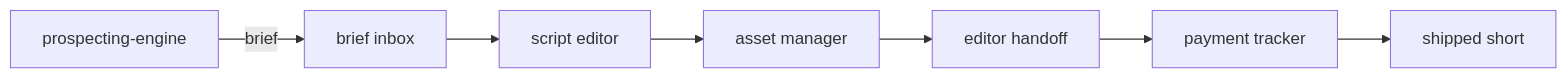
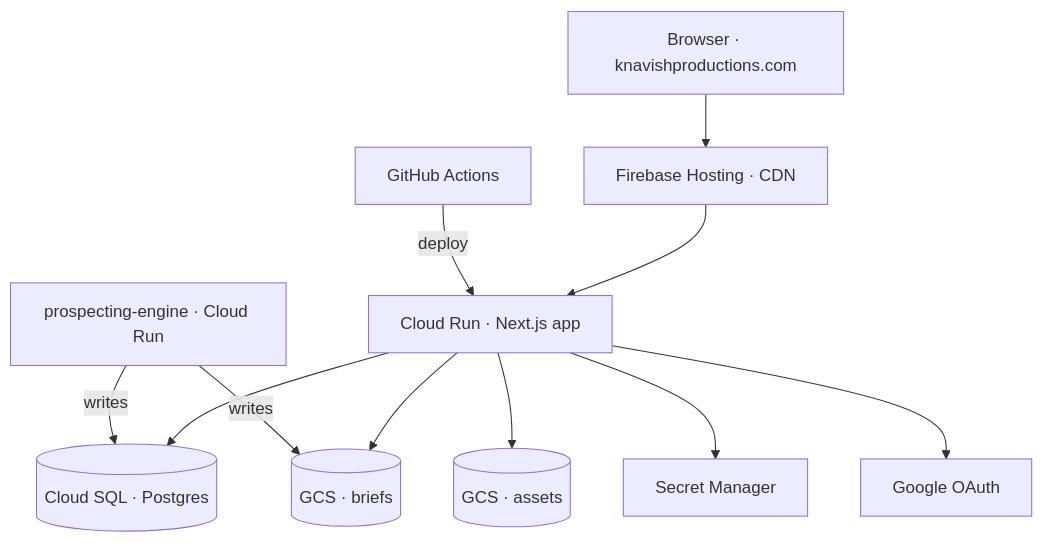
Before and after one commit to knavishmantis/knavishproductions-app-public: the diagram in README.md, drawn with Mermaid.

Commit message:
Swap workflow diagram for GCP architecture diagram

````diff
--- a/README.md
+++ b/README.md
@@ -9,9 +9,18 @@
 ```mermaid
-flowchart LR
-  PE[prospecting-engine] -->|brief| Inbox[brief inbox]
-  Inbox --> Script[script editor]
-  Script --> Assets[asset manager]
-  Assets --> Handoff[editor handoff]
-  Handoff --> Pay[payment tracker]
-  Pay --> Ship[shipped short]
+flowchart TB
+  User[Browser · knavishproductions.com]
+  Auth[Google OAuth]
+  GHA[GitHub Actions]
+  PE[prospecting-engine · Cloud Run]
+
+  User --> FB[Firebase Hosting · CDN]
+  FB --> CR[Cloud Run · Next.js app]
+  CR --> SQL[(Cloud SQL · Postgres)]
+  CR --> Assets[(GCS · assets)]
+  CR --> Briefs[(GCS · briefs)]
+  CR --> SM[Secret Manager]
+  CR --> Auth
+  GHA -->|deploy| CR
+  PE -->|writes| SQL
+  PE -->|writes| Briefs
 ```
````
